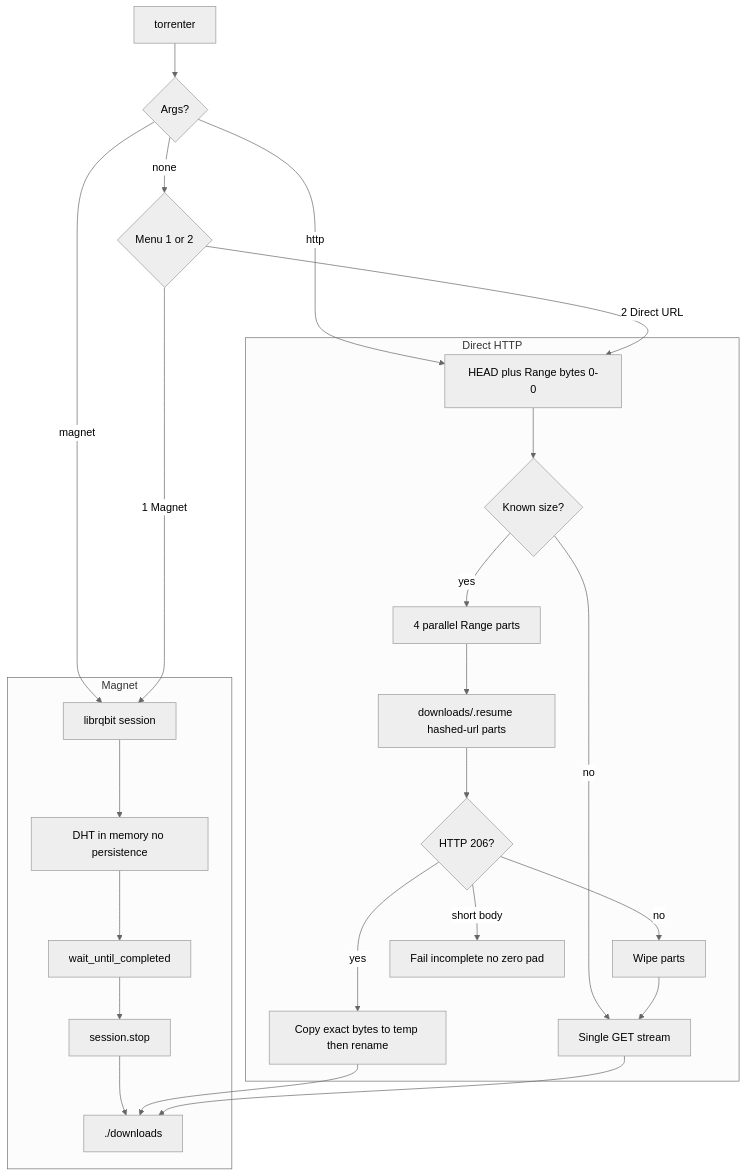
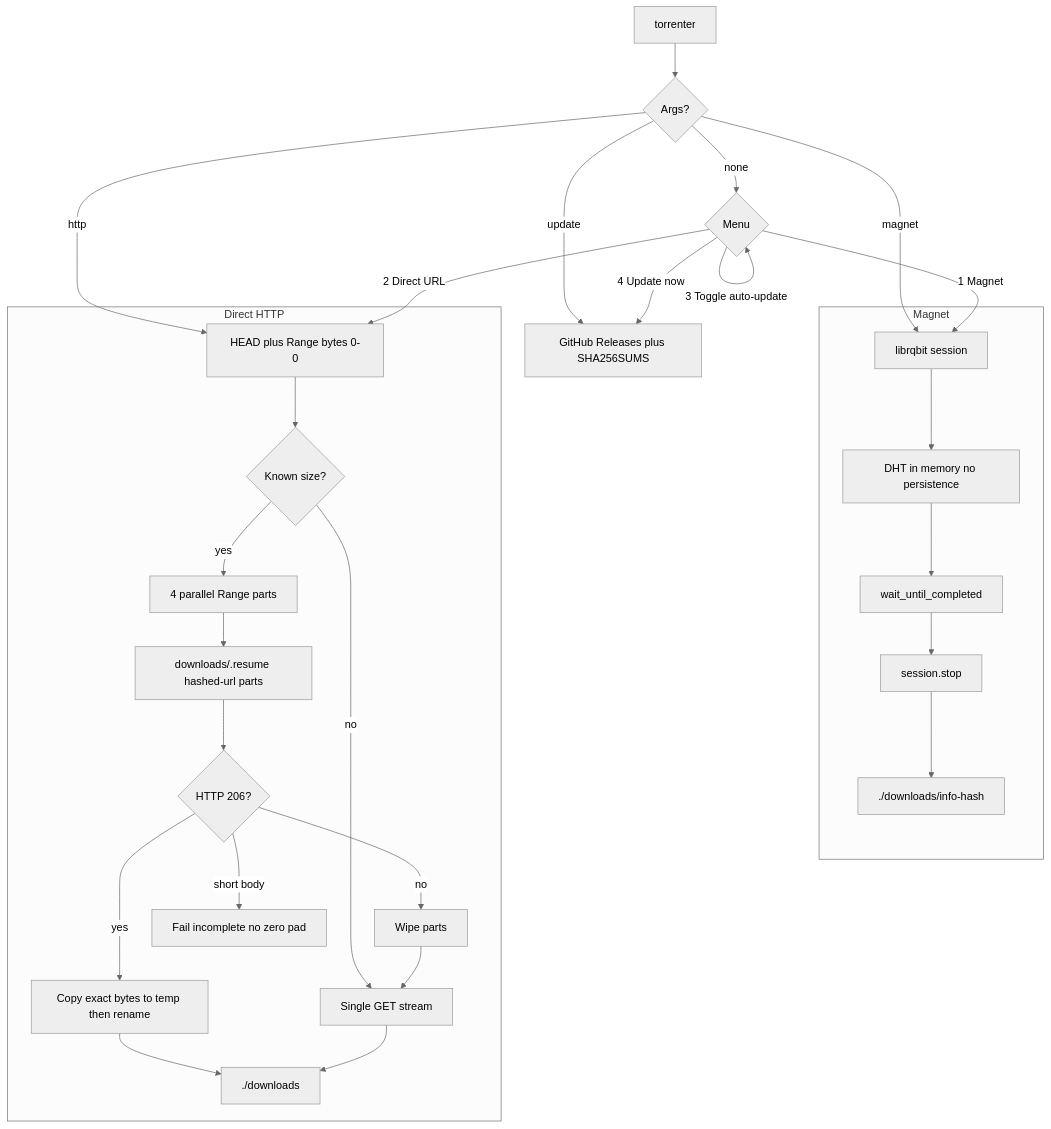
One commit to danted4/torrenter changed the diagram in README.md. Above: the diagram before and after it, drawn with Mermaid (neutral theme). The commit also changed other lines of this file, not shown here.

````diff
--- a/README.md
+++ b/README.md
@@ -94,33 +112,38 @@
 ```mermaid
 flowchart TD
   start[torrenter] --> entry{Args?}
-  entry -->|none| menu{Menu 1 or 2}
+  entry -->|none| menu{Menu}
   entry -->|magnet| torrent
   entry -->|http| httpStart
+  entry -->|update| updater
   menu -->|1 Magnet| torrent
   menu -->|2 Direct URL| httpStart
+  menu -->|3 Toggle auto-update| menu
+  menu -->|4 Update now| updater
 
   subgraph magnetFlow [Magnet]
     torrent[librqbit session]
     torrent --> dht[DHT in memory no persistence]
     dht --> waitComplete[wait_until_completed]
     waitComplete --> stopSession[session.stop]
-    stopSession --> outDir
+    stopSession --> magnetDir
   end
 
   subgraph httpFlow [Direct HTTP]
     httpStart[HEAD plus Range bytes 0-0]
     httpStart --> sized{Known size?}
     sized -->|no| single[Single GET stream]
     sized -->|yes| parts[4 parallel Range parts]
     parts --> resumeDir["downloads/.resume hashed-url parts"]
     resumeDir --> honor{"HTTP 206?"}
     honor -->|no| wipe[Wipe parts] --> single
     honor -->|short body| fail[Fail incomplete no zero pad]
     honor -->|yes| merge[Copy exact bytes to temp then rename]
-    merge --> outDir
-    single --> outDir
+    merge --> httpDir
+    single --> httpDir
   end
 
-  outDir["./downloads"]
+  magnetDir["./downloads/info-hash"]
+  httpDir["./downloads"]
+  updater[GitHub Releases plus SHA256SUMS]
 ```
````
